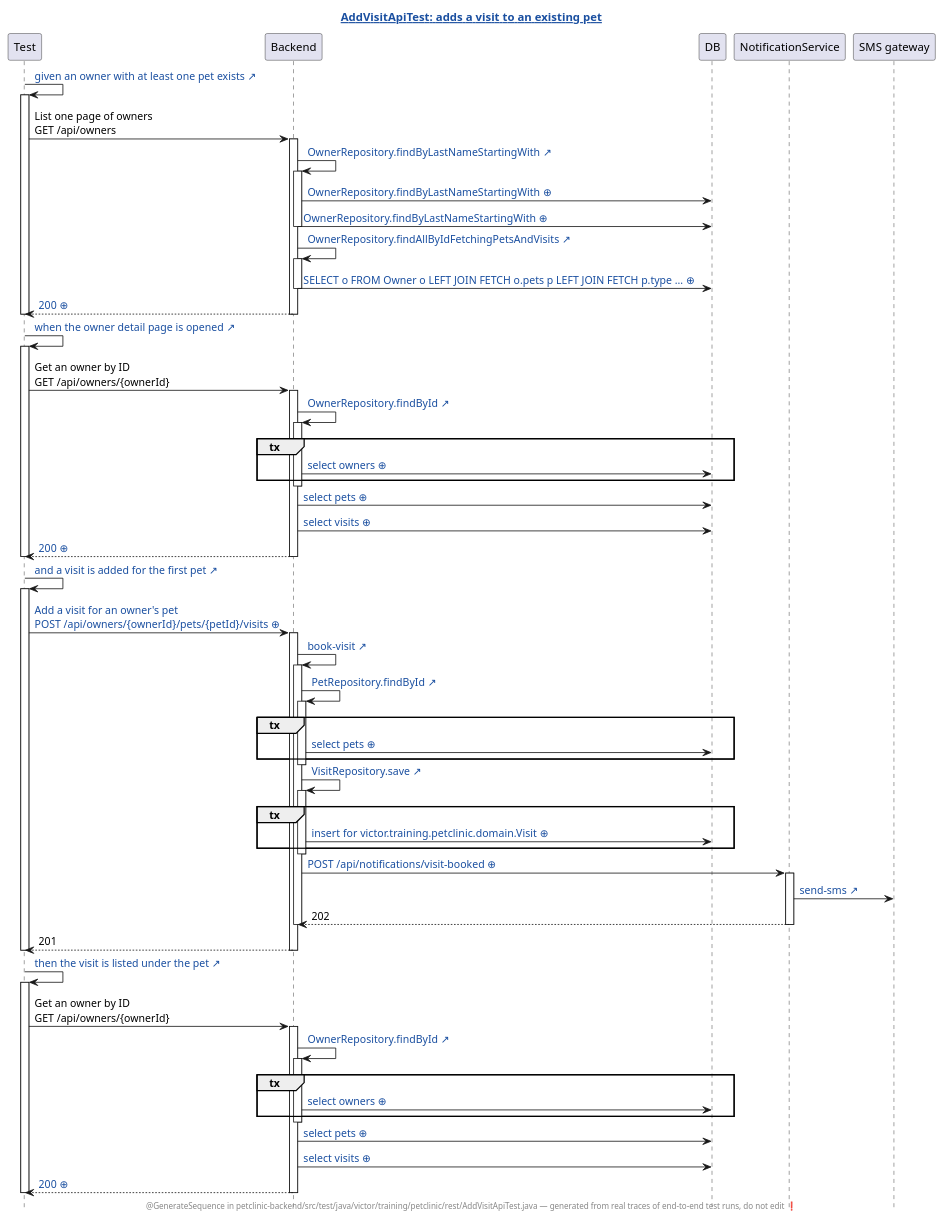
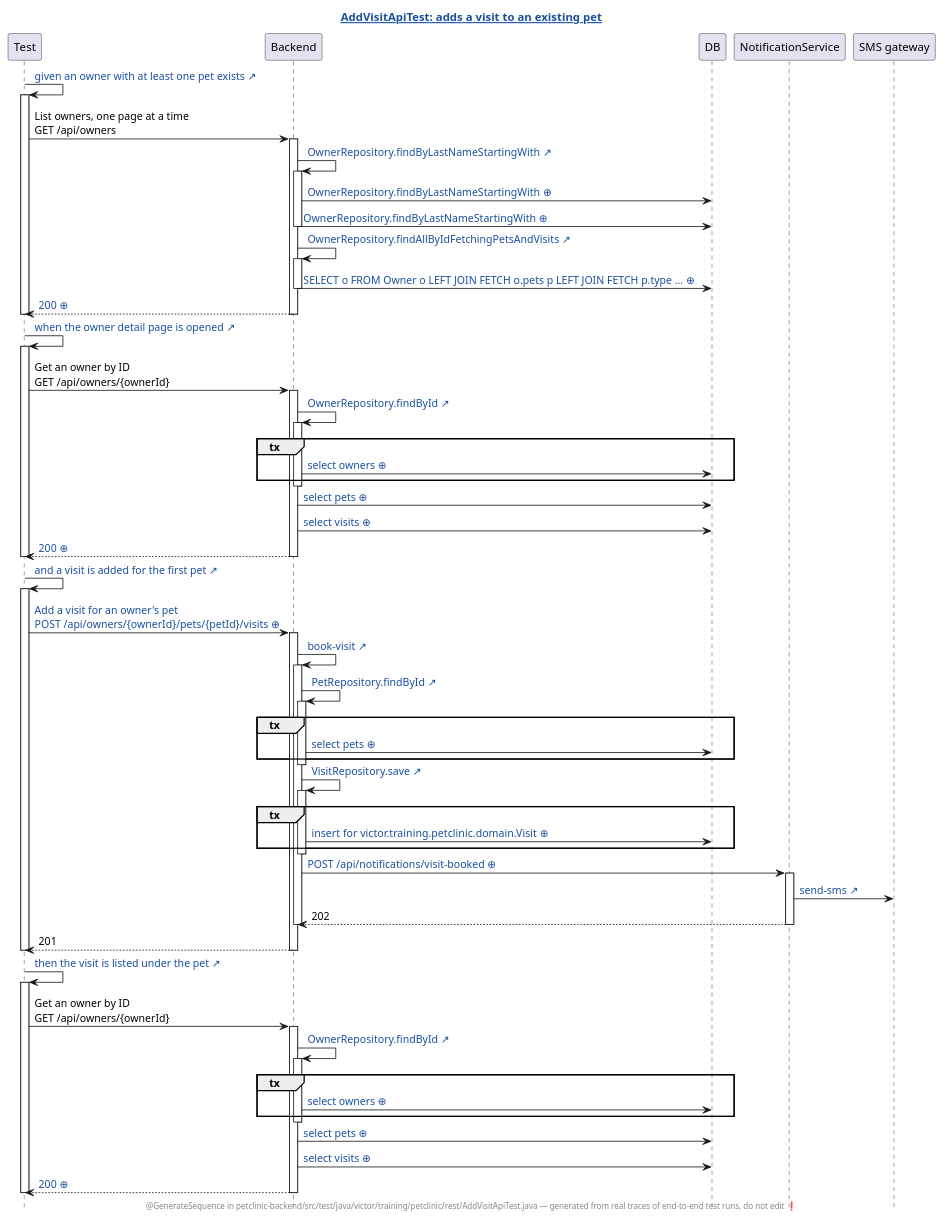
Before and after one commit to EvanLee70/human-review: the diagram in demo/demo2/assets/genseq/petclinic-test/generated/AddVisitApiTest.java.adds-a-visit-to-an-existing-pet.genseq.puml, drawn with PlantUML. The commit also changed 228 other files, not shown here.

```diff
--- a/demo/demo2/assets/genseq/petclinic-test/generated/AddVisitApiTest.java.adds-a-visit-to-an-existing-pet.genseq.puml
+++ b/demo/demo2/assets/genseq/petclinic-test/generated/AddVisitApiTest.java.adds-a-visit-to-an-existing-pet.genseq.puml
@@ -1,86 +1,86 @@
 @startuml
 ' ⚠️  GENERATED FILE — DO NOT EDIT. Every edit is lost on the next run.
 hide footbox
 skinparam hyperlinkUnderline false
 skinparam hyperlinkColor #1A4FA0
 title [[src://petclinic-backend/src/test/java/victor/training/petclinic/rest/AddVisitApiTest.java:76{Click to open the test} AddVisitApiTest: adds a visit to an existing pet]]
 footer @GenerateSequence in petclinic-backend/src/test/java/victor/training/petclinic/rest/AddVisitApiTest.java — generated from real traces of end-to-end test runs, do not edit ❗
 participant Test
 participant Backend
 participant DB
 participant NotificationService
 participant "SMS gateway"
 Test -> Test: [[src://petclinic-backend/src/test/java/victor/training/petclinic/rest/AddVisitApiTest.java:77{Click to open the line of the test that says this} given an owner with at least one pet exists ↗]]
 activate Test
-Test -> Backend: List one page of owners\nGET /api/owners
+Test -> Backend: List owners, one page at a time\nGET /api/owners
 activate Backend
 Backend -> Backend: [[src://petclinic-backend/src/main/java/victor/training/petclinic/repository/OwnerRepository.java:15{Click to open OwnerRepository.findByLastNameStartingWith} OwnerRepository.findByLastNameStartingWith ↗]]
 activate Backend
 Backend -> DB: [[genseq://06lhb5c{Click for the statement behind this call} OwnerRepository.findByLastNameStartingWith ⊕]]
 Backend -> DB: [[genseq://0rcs8yy{Click for the statement behind this call} OwnerRepository.findByLastNameStartingWith ⊕]]
 deactivate Backend
-Backend -> Backend: [[src://petclinic-backend/src/main/java/victor/training/petclinic/repository/OwnerRepository.java:25{Click to open OwnerRepository.findAllByIdFetchingPetsAndVisits} OwnerRepository.findAllByIdFetchingPetsAndVisits ↗]]
+Backend -> Backend: [[src://petclinic-backend/src/main/java/victor/training/petclinic/repository/OwnerRepository.java:24{Click to open OwnerRepository.findAllByIdFetchingPetsAndVisits} OwnerRepository.findAllByIdFetchingPetsAndVisits ↗]]
 activate Backend
 Backend -> DB: [[genseq://075m496{Click for the statement behind this call} SELECT o FROM Owner o LEFT JOIN FETCH o.pets p LEFT JOIN FETCH p.type … ⊕]]
 deactivate Backend
 Backend --> Test: [[genseq://1ex9dlo{Click for this call’s JSON body} 200 ⊕]]
 deactivate Backend
 deactivate Test
 Test -> Test: [[src://petclinic-backend/src/test/java/victor/training/petclinic/rest/AddVisitApiTest.java:82{Click to open the line of the test that says this} when the owner detail page is opened ↗]]
 activate Test
 Test -> Backend: Get an owner by ID\nGET /api/owners/{ownerId}
 activate Backend
-Backend -> Backend: [[src://petclinic-backend/src/main/java/victor/training/petclinic/repository/OwnerRepository.java:27{Click to open OwnerRepository.findById} OwnerRepository.findById ↗]]
+Backend -> Backend: [[src://petclinic-backend/src/main/java/victor/training/petclinic/repository/OwnerRepository.java:26{Click to open OwnerRepository.findById} OwnerRepository.findById ↗]]
 activate Backend
 group tx
 Backend -> DB: [[genseq://083xusu{Click for the statement behind this call} select owners ⊕]]
 end
 deactivate Backend
 Backend -> DB: [[genseq://0j0trn8{Click for the statement behind this call} select pets ⊕]]
 Backend -> DB: [[genseq://16xt6fr{Click for the statement behind this call} select visits ⊕]]
 Backend --> Test: [[genseq://1cg6dk5{Click for this call’s JSON body} 200 ⊕]]
 deactivate Backend
 deactivate Test
 Test -> Test: [[src://petclinic-backend/src/test/java/victor/training/petclinic/rest/AddVisitApiTest.java:85{Click to open the line of the test that says this} and a visit is added for the first pet ↗]]
 activate Test
-Test -> Backend: [[genseq://0pm0ake{Click for this call’s JSON body} Add a visit for an owner's pet\nPOST /api/owners/{ownerId}/pets/{petId}/visits ⊕]]
+Test -> Backend: [[genseq://19yo766{Click for this call’s JSON body} Add a visit for an owner's pet\nPOST /api/owners/{ownerId}/pets/{petId}/visits ⊕]]
 activate Backend
-Backend -> Backend: [[src://petclinic-backend/src/main/java/victor/training/petclinic/rest/OwnerRestController.java:239{Click to open OwnerRestController.bookVisit} book-visit ↗]]
+Backend -> Backend: [[src://petclinic-backend/src/main/java/victor/training/petclinic/rest/OwnerRestController.java:233{Click to open OwnerRestController.bookVisit} book-visit ↗]]
 activate Backend
 Backend -> Backend: [[src://petclinic-backend/src/main/java/victor/training/petclinic/repository/PetRepository.java:16{Click to open PetRepository.findById} PetRepository.findById ↗]]
 activate Backend
 group tx
 Backend -> DB: [[genseq://1cofzyh{Click for the statement behind this call} select pets ⊕]]
 end
 deactivate Backend
 Backend -> Backend: [[src://petclinic-backend/src/main/java/victor/training/petclinic/repository/VisitRepository.java:14{Click to open VisitRepository.save} VisitRepository.save ↗]]
 activate Backend
 group tx
-Backend -> DB: [[genseq://01s0dda{Click for the statement behind this call} insert for victor.training.petclinic.domain.Visit ⊕]]
+Backend -> DB: [[genseq://1snd66i{Click for the statement behind this call} insert for victor.training.petclinic.domain.Visit ⊕]]
 end
 deactivate Backend
 Backend -> NotificationService: [[genseq://0a5r3wo{Click for this call’s JSON body} POST /api/notifications/visit-booked ⊕]]
 activate NotificationService
 NotificationService -> "SMS gateway": [[src://notification-service/src/main/java/victor/training/notification/SmsGateway.java:23{Click to open SmsGateway.send} send-sms ↗]]
 NotificationService --> Backend: 202
 deactivate NotificationService
 deactivate Backend
 Backend --> Test: 201
 deactivate Backend
 deactivate Test
 Test -> Test: [[src://petclinic-backend/src/test/java/victor/training/petclinic/rest/AddVisitApiTest.java:92{Click to open the line of the test that says this} then the visit is listed under the pet ↗]]
 activate Test
 Test -> Backend: Get an owner by ID\nGET /api/owners/{ownerId}
 activate Backend
-Backend -> Backend: [[src://petclinic-backend/src/main/java/victor/training/petclinic/repository/OwnerRepository.java:27{Click to open OwnerRepository.findById} OwnerRepository.findById ↗]]
+Backend -> Backend: [[src://petclinic-backend/src/main/java/victor/training/petclinic/repository/OwnerRepository.java:26{Click to open OwnerRepository.findById} OwnerRepository.findById ↗]]
 activate Backend
 group tx
 Backend -> DB: [[genseq://083xusu{Click for the statement behind this call} select owners ⊕]]
 end
 deactivate Backend
 Backend -> DB: [[genseq://0j0trn8{Click for the statement behind this call} select pets ⊕]]
 Backend -> DB: [[genseq://16xt6fr{Click for the statement behind this call} select visits ⊕]]
-Backend --> Test: [[genseq://1ml4xjm{Click for this call’s JSON body} 200 ⊕]]
+Backend --> Test: [[genseq://01ar96m{Click for this call’s JSON body} 200 ⊕]]
 deactivate Backend
 deactivate Test
 @enduml
```
